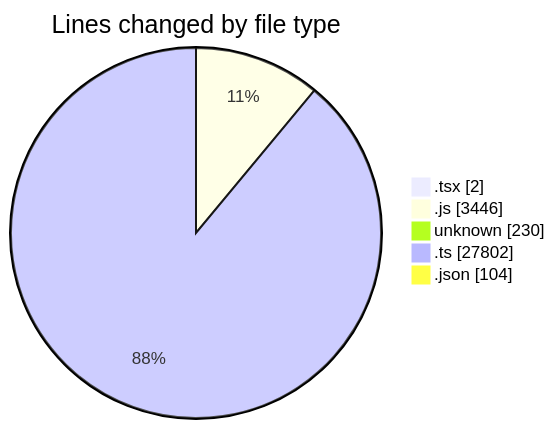
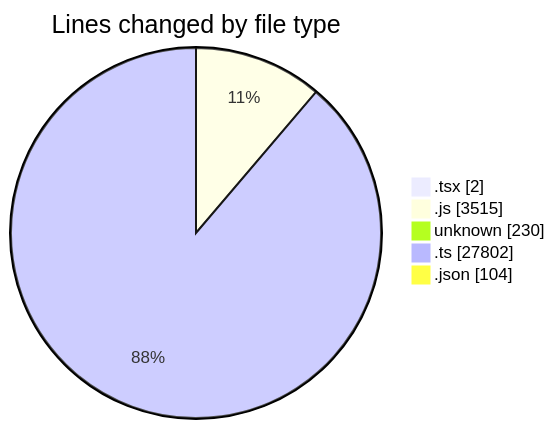
The first of 2 diagrams in 2026-05-06/cda/README.md (momahboobian/code-tracking), drawn with Mermaid before and after one commit. The commit also changed other lines of this file and 1 other file, not shown here.

````diff
--- a/2026-05-06/cda/README.md
+++ b/2026-05-06/cda/README.md
@@ -37,9 +37,9 @@
 ```mermaid
 pie showData
 title Lines changed by file type
 ".tsx" : 2
-".js" : 3446
+".js" : 3515
 "unknown" : 230
 ".ts" : 27802
 ".json" : 104
 ```
````
